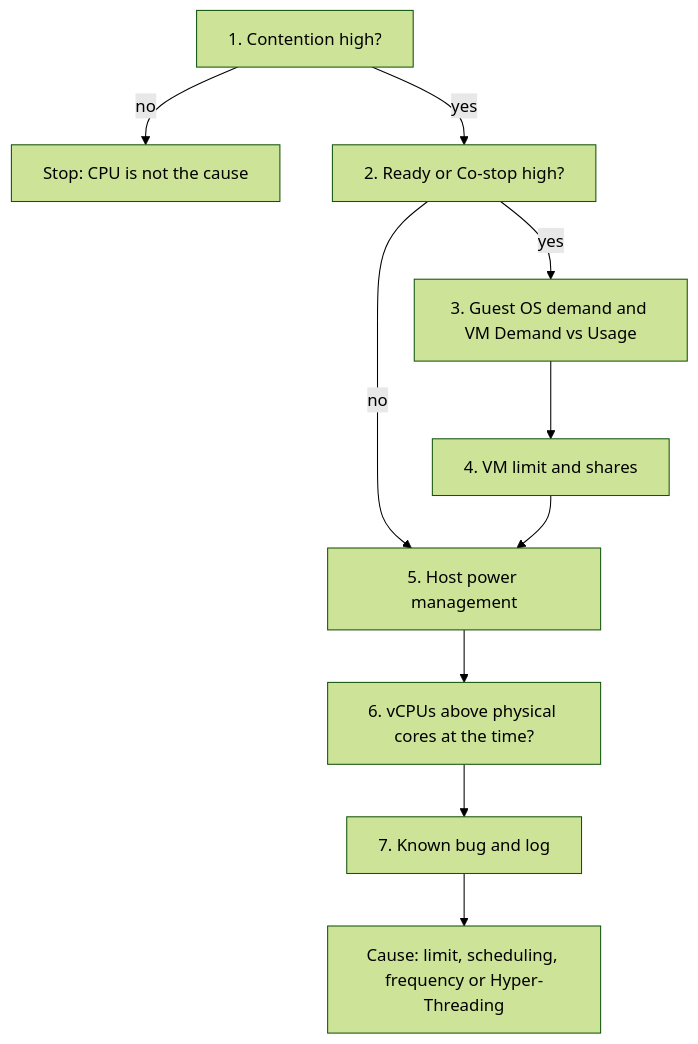
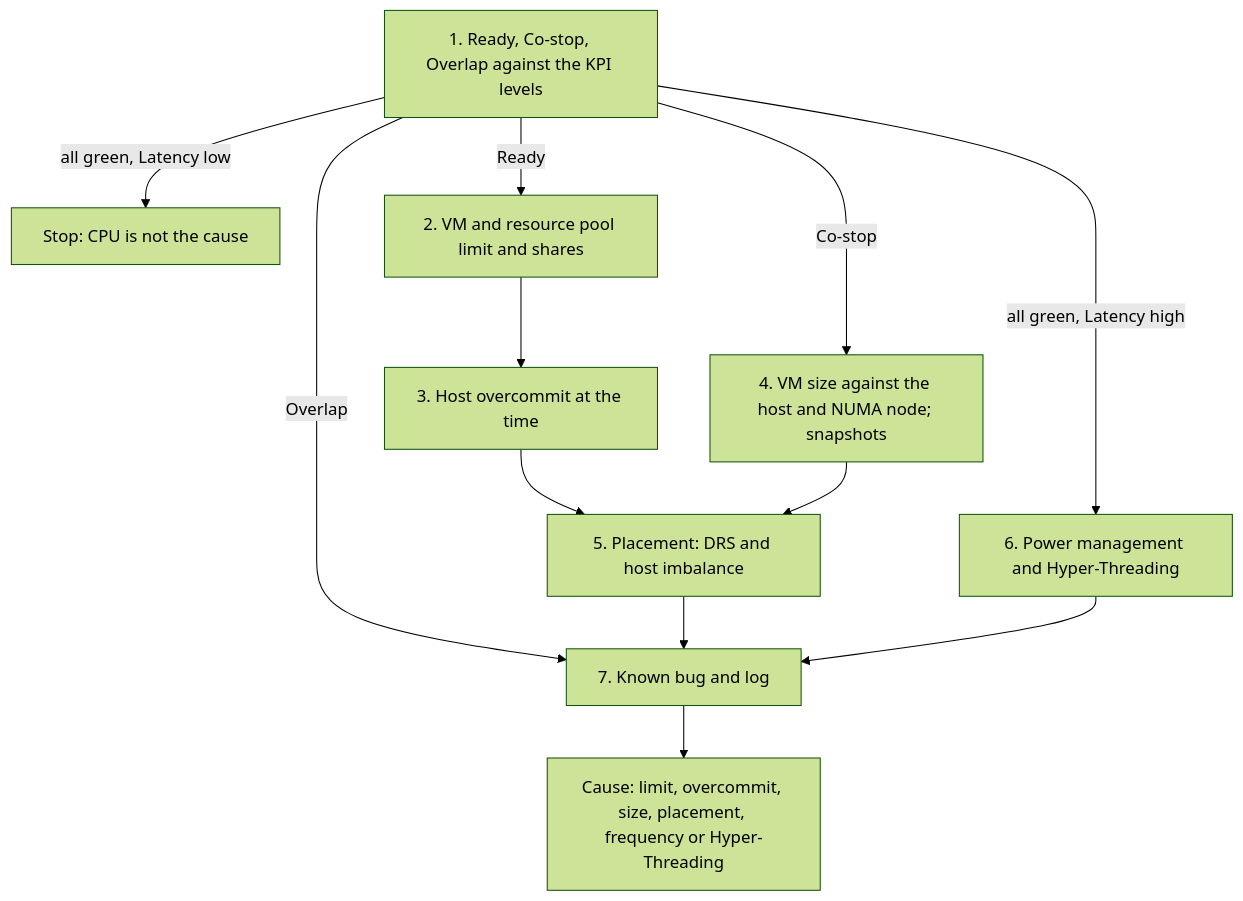
One commit to e1-rahabok/agent-e2 changed the diagram in knowledge/vsphere/technology/cpu/troubleshooting/vm-cpu-contention-high.md. Above: the diagram before and after it, drawn with Mermaid (forest theme). The commit also changed other lines of this file and 172 other files, not shown here.

````diff
--- a/knowledge/vsphere/technology/cpu/troubleshooting/vm-cpu-contention-high.md
+++ b/knowledge/vsphere/technology/cpu/troubleshooting/vm-cpu-contention-high.md
@@ -9,12 +9,14 @@
 ```mermaid
 flowchart TD
-  S1[1. Contention high?] -->|no| E1[Stop: CPU is not the cause]
-  S1 -->|yes| S2[2. Ready or Co-stop high?]
-  S2 -->|no| S5
-  S2 -->|yes| S3[3. Guest OS demand and VM Demand vs Usage]
-  S3 --> S4[4. VM limit and shares]
-  S4 --> S5[5. Host power management]
-  S5 --> S6[6. vCPUs above physical cores at the time?]
-  S6 --> S7[7. Known bug and log]
-  S7 --> E7[Cause: limit, scheduling, frequency or Hyper-Threading]
+  S1[1. Ready, Co-stop, Overlap against the KPI levels] -->|all green, Latency low| E1[Stop: CPU is not the cause]
+  S1 -->|all green, Latency high| S6
+  S1 -->|Ready| S2[2. VM and resource pool limit and shares]
+  S1 -->|Co-stop| S4[4. VM size against the host and NUMA node; snapshots]
+  S1 -->|Overlap| S7
+  S2 --> S3[3. Host overcommit at the time]
+  S3 --> S5[5. Placement: DRS and host imbalance]
+  S4 --> S5
+  S5 --> S7[7. Known bug and log]
+  S6[6. Power management and Hyper-Threading] --> S7
+  S7 --> E7[Cause: limit, overcommit, size, placement, frequency or Hyper-Threading]
 ```
````
